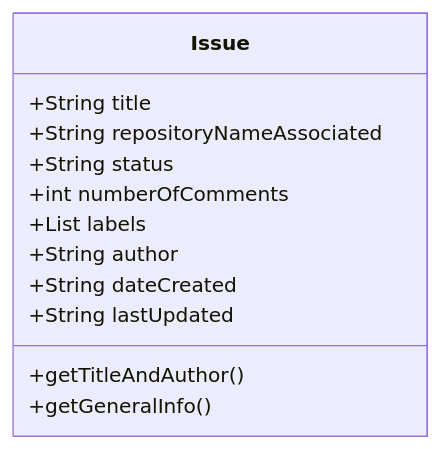
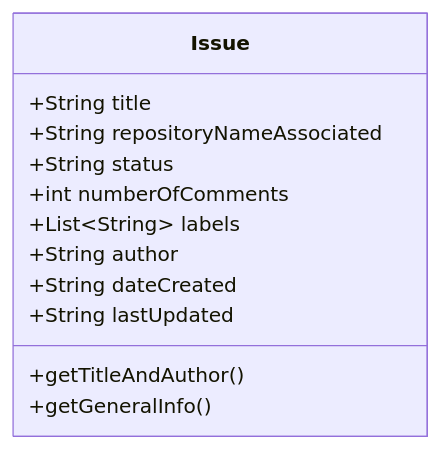
Before and after one commit to MikoVelascoRamirez/playbook: the second of 11 diagrams in weekly_mission_2/excercises/readme.md, drawn with Mermaid. The commit also changed other lines of this file, not shown here.

````diff
--- a/weekly_mission_2/excercises/readme.md
+++ b/weekly_mission_2/excercises/readme.md
@@ -34,14 +34,14 @@
 ```mermaid
 classDiagram
 class Issue
 Issue: +String title
 Issue: +String repositoryNameAssociated
 Issue: +String status
 Issue: +int numberOfComments
-Issue: +List<String> labels
+Issue: +List~String~ labels
 Issue: +String author
 Issue: +String dateCreated
 Issue: +String lastUpdated
 Issue: +getTitleAndAuthor()
 Issue: +getGeneralInfo()
 ```
````
